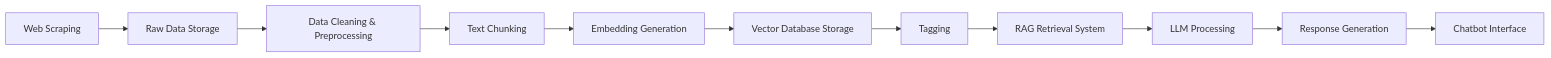
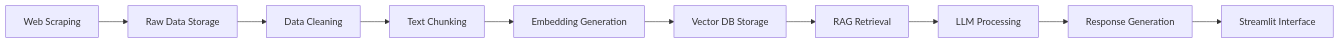
The second of 2 diagrams in README.md (SorenAcevedo/tecnicas_avanzadas_llm), drawn with Mermaid before and after one commit. The commit also changed other lines of this file and 36 other files, not shown here.

````diff
--- a/README.md
+++ b/README.md
@@ -142,13 +537,12 @@
 ```mermaid
 flowchart LR
   A[Web Scraping] --> B[Raw Data Storage]
-  B --> C[Data Cleaning & Preprocessing]
+  B --> C[Data Cleaning]
   C --> D[Text Chunking]
   D --> E[Embedding Generation]
-  E --> F[Vector Database Storage]
-  F --> G[Tagging]
-  G --> H[RAG Retrieval System]
-  H --> I[LLM Processing]
-  I --> J[Response Generation]
-  J --> K[Chatbot Interface]
+  E --> F[Vector DB Storage]
+  F --> G[RAG Retrieval]
+  G --> H[LLM Processing]
+  H --> I[Response Generation]
+  I --> J[Streamlit Interface]
 ```
````
